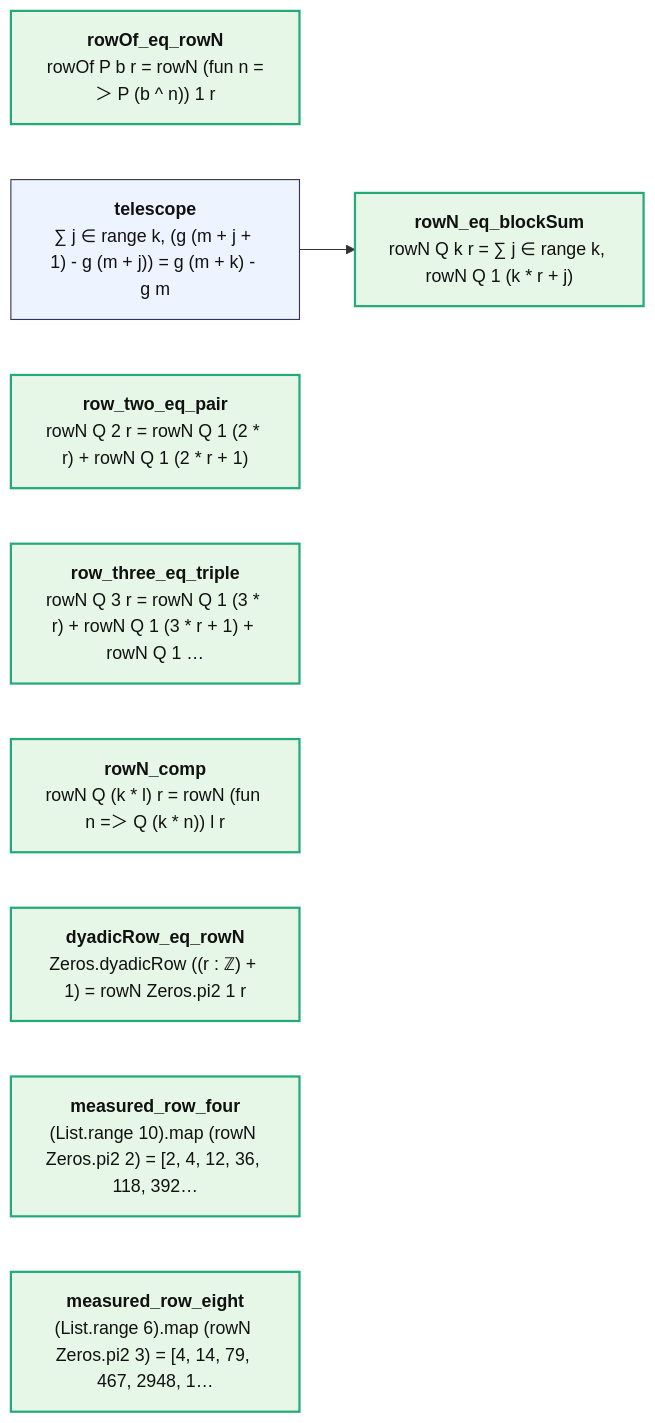
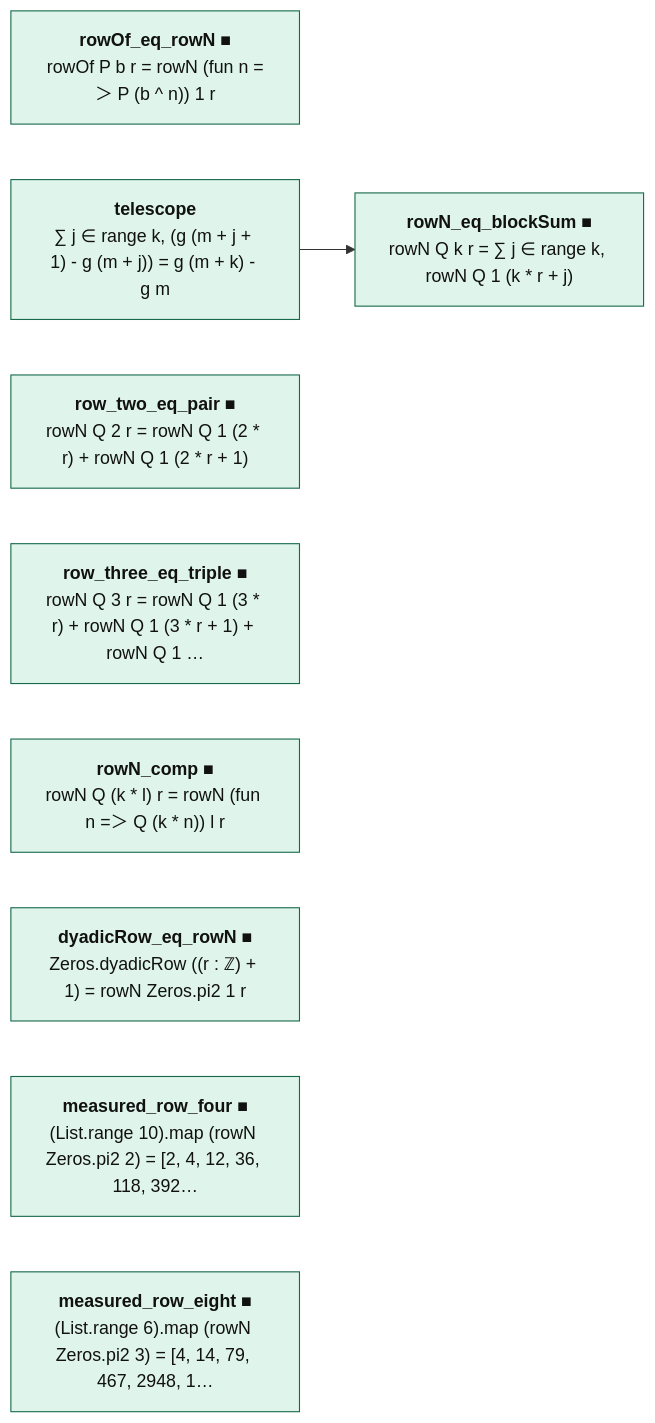
One commit to juliansambranojr/Primebeat_081426 changed the diagram in map/lean/Isogeny.md. Above: the diagram before and after it, drawn with Mermaid. The commit also changed other lines of this file and 398 other files, not shown here.

First line of the commit message:
map: the table first. Three layers from Lean's record of each proof and everything beneath it: counting (integers only), shape (analysis, no zeta), reads zeta; map/TABLE.md lists every counting theorem; the Riemann hypothesis is drawn as one reading at the edge

````diff
--- a/map/lean/Isogeny.md
+++ b/map/lean/Isogeny.md
@@ -12,18 +12,21 @@
 ```mermaid
 flowchart LR
-  n0["<b>rowOf_eq_rowN</b><br/>rowOf P b r = rowN (fun n =＞ P (b ^ n)) 1 r"]:::end_
-  n1["<b>telescope</b><br/>∑ j ∈ range k, (g (m + j + 1) - g (m + j)) = g (m + k) - g m"]:::thm
-  n2["<b>rowN_eq_blockSum</b><br/>rowN Q k r = ∑ j ∈ range k, rowN Q 1 (k * r + j)"]:::end_
-  n3["<b>row_two_eq_pair</b><br/>rowN Q 2 r = rowN Q 1 (2 * r) + rowN Q 1 (2 * r + 1)"]:::end_
-  n4["<b>row_three_eq_triple</b><br/>rowN Q 3 r = rowN Q 1 (3 * r) + rowN Q 1 (3 * r + 1) + rowN Q 1 …"]:::end_
-  n5["<b>rowN_comp</b><br/>rowN Q (k * l) r = rowN (fun n =＞ Q (k * n)) l r"]:::end_
-  n6["<b>dyadicRow_eq_rowN</b><br/>Zeros.dyadicRow ((r : ℤ) + 1) = rowN Zeros.pi2 1 r"]:::end_
-  n7["<b>measured_row_four</b><br/>(List.range 10).map (rowN Zeros.pi2 2) = [2, 4, 12, 36, 118, 392…"]:::end_
-  n8["<b>measured_row_eight</b><br/>(List.range 6).map (rowN Zeros.pi2 3) = [4, 14, 79, 467, 2948, 1…"]:::end_
+  n0["<b>rowOf_eq_rowN ■</b><br/>rowOf P b r = rowN (fun n =＞ P (b ^ n)) 1 r"]:::cnt
+  n1["<b>telescope</b><br/>∑ j ∈ range k, (g (m + j + 1) - g (m + j)) = g (m + k) - g m"]:::cnt
+  n2["<b>rowN_eq_blockSum ■</b><br/>rowN Q k r = ∑ j ∈ range k, rowN Q 1 (k * r + j)"]:::cnt
+  n3["<b>row_two_eq_pair ■</b><br/>rowN Q 2 r = rowN Q 1 (2 * r) + rowN Q 1 (2 * r + 1)"]:::cnt
+  n4["<b>row_three_eq_triple ■</b><br/>rowN Q 3 r = rowN Q 1 (3 * r) + rowN Q 1 (3 * r + 1) + rowN Q 1 …"]:::cnt
+  n5["<b>rowN_comp ■</b><br/>rowN Q (k * l) r = rowN (fun n =＞ Q (k * n)) l r"]:::cnt
+  n6["<b>dyadicRow_eq_rowN ■</b><br/>Zeros.dyadicRow ((r : ℤ) + 1) = rowN Zeros.pi2 1 r"]:::cnt
+  n7["<b>measured_row_four ■</b><br/>(List.range 10).map (rowN Zeros.pi2 2) = [2, 4, 12, 36, 118, 392…"]:::cnt
+  n8["<b>measured_row_eight ■</b><br/>(List.range 6).map (rowN Zeros.pi2 3) = [4, 14, 79, 467, 2948, 1…"]:::cnt
   n1 --> n2
+  classDef cnt fill:#dff5ec,stroke:#17694a,color:#111
+  classDef shp fill:#f1ecfb,stroke:#5b3fa0,color:#111
+  classDef rh fill:#ffe5e5,stroke:#c22,color:#111,stroke-width:2px
   classDef thm fill:#eef4ff,stroke:#335,color:#111
   classDef end_ fill:#e7f7e7,stroke:#2a7,color:#111,stroke-width:2px
   classDef lone fill:#fff,stroke:#999,color:#111,stroke-dasharray:4 3
   classDef bad fill:#ffe5e5,stroke:#c22,color:#111,stroke-width:2px
   classDef ext fill:#fff8e1,stroke:#b80,color:#111
 ```
````
